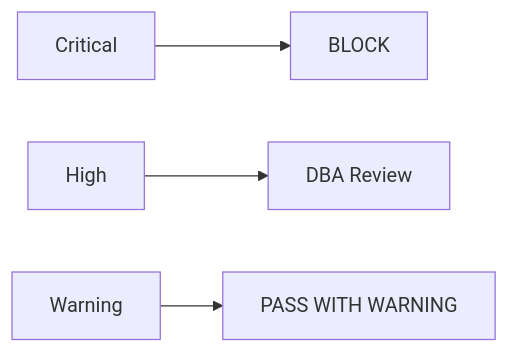
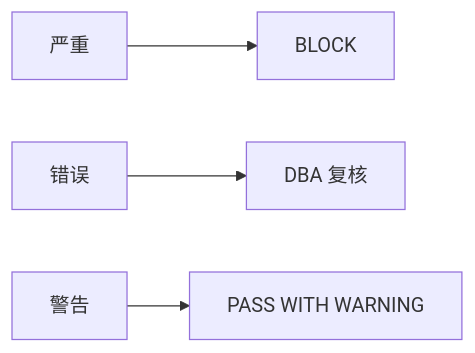
One commit to PawSQL/pawsql-docs-mantlify changed the second of 2 diagrams in docs/use-cases/sql-quality-gate-cicd.mdx. Above: the diagram before and after it, drawn with Mermaid. The commit also changed other lines of this file and 82 other files, not shown here.

````diff
--- a/docs/use-cases/sql-quality-gate-cicd.mdx
+++ b/docs/use-cases/sql-quality-gate-cicd.mdx
@@ -369,6 +118,6 @@
 ```mermaid
 flowchart LR
-    A[Critical] --> B[BLOCK]
-    C[High] --> D[DBA Review]
-    E[Warning] --> F[PASS WITH WARNING]
+    A[严重] --> B[BLOCK]
+    C[错误] --> D[DBA 复核]
+    E[警告] --> F[PASS WITH WARNING]
 ```
````
